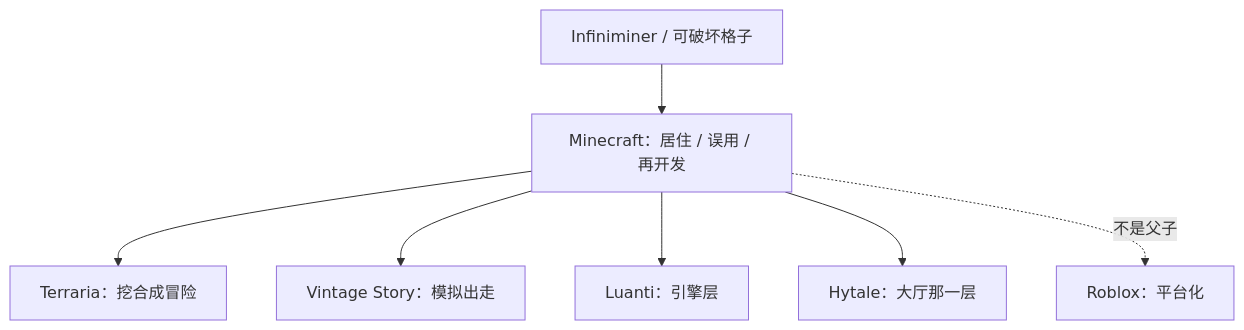
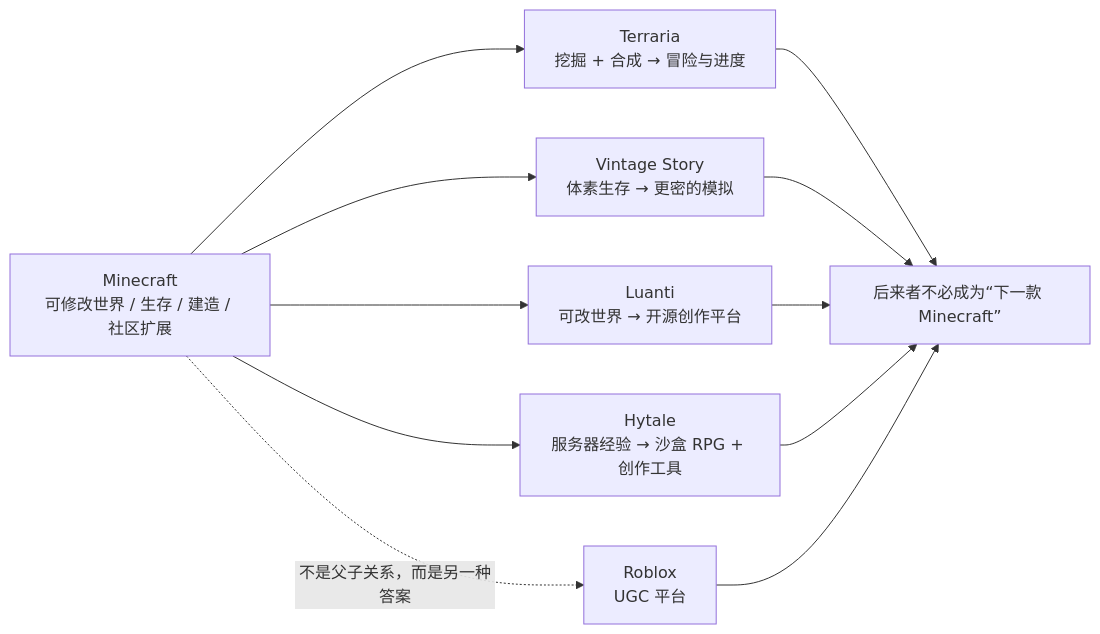
One commit to Dreamtowards/Thinking-In-Minecraft changed the diagram in docs/history/(part4)/competition.mdx. Above: the diagram before and after it, drawn with Mermaid. The commit also changed other lines of this file and 1 other file, not shown here.

````diff
--- a/docs/history/(part4)/competition.mdx
+++ b/docs/history/(part4)/competition.mdx
@@ -38,9 +33,18 @@
 ```mermaid
-flowchart TB
-  IM["Infiniminer / 可破坏格子"] --> MC["Minecraft：居住 / 误用 / 再开发"]
-  MC --> TE["Terraria：挖合成冒险"]
-  MC --> VS["Vintage Story：模拟出走"]
-  MC --> LU["Luanti：引擎层"]
-  MC --> HY["Hytale：大厅那一层"]
-  MC -.->|不是父子| RB["Roblox：平台化"]
+flowchart LR
+  MC["Minecraft<br/>可修改世界 / 生存 / 建造 / 社区扩展"]
+
+  MC --> TE["Terraria<br/>挖掘 + 合成 → 冒险与进度"]
+  MC --> VS["Vintage Story<br/>体素生存 → 更密的模拟"]
+  MC --> LU["Luanti<br/>可改世界 → 开源创作平台"]
+  MC --> HY["Hytale<br/>服务器经验 → 沙盒 RPG + 创作工具"]
+
+  RB["Roblox<br/>UGC 平台"]
+  MC -. "不是父子关系，而是另一种答案" .-> RB
+
+  TE --> Q["后来者不必成为“下一款 Minecraft”"]
+  VS --> Q
+  LU --> Q
+  HY --> Q
+  RB --> Q
 ```
````
